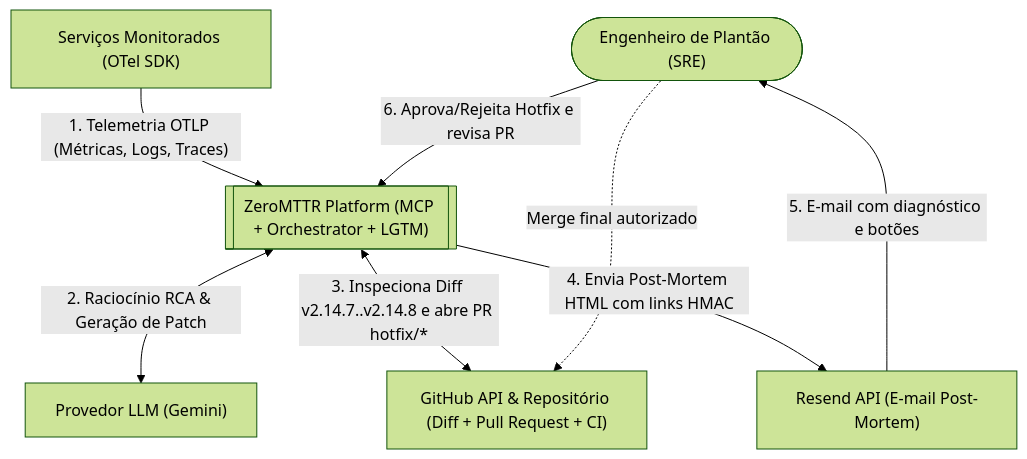
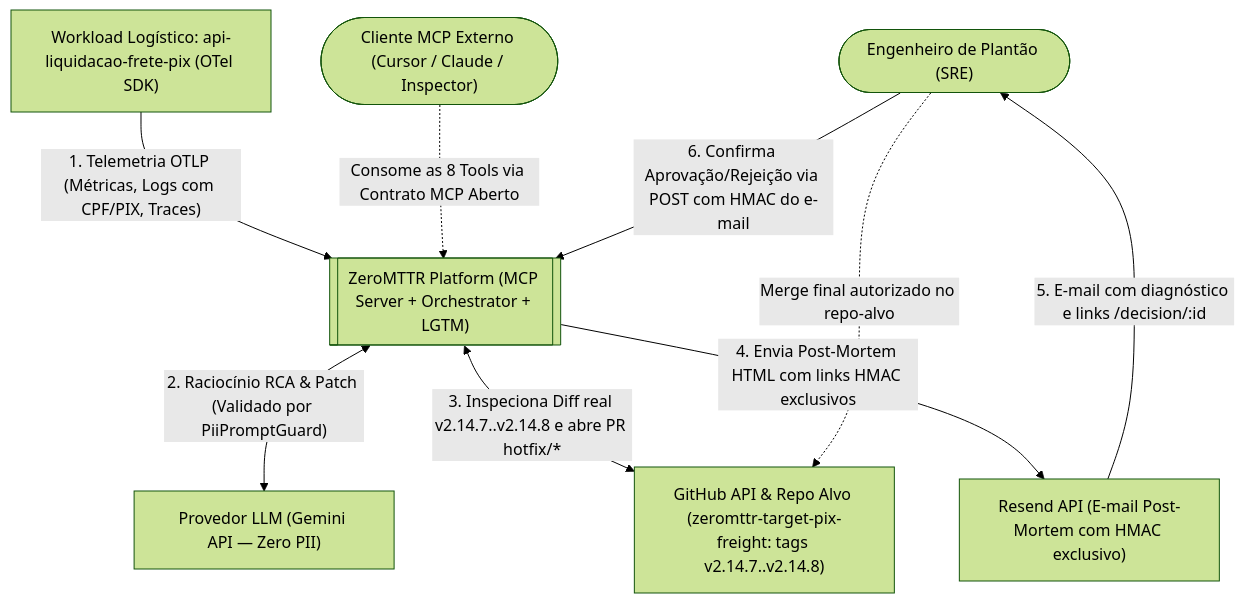
The first of 4 diagrams in docs/pt-BR/00_architecture_master.md (AdmilsonGoncalves/zeromttr), drawn with Mermaid (forest theme) before and after one commit. The commit also changed other lines of this file and 10 other files, not shown here.

Commit message:
docs: refine architecture v0.3 for Logistics PIX track, HMAC email isolation, OTTL PII masking, and dedicated target repo

````diff
--- a/docs/pt-BR/00_architecture_master.md
+++ b/docs/pt-BR/00_architecture_master.md
@@ -93,17 +123,19 @@
 ```mermaid
 flowchart TD
     SRE(["Engenheiro de Plantão (SRE)"])
-    APP["Serviços Monitorados (OTel SDK)"]
-    ZMT[["ZeroMTTR Platform (MCP + Orchestrator + LGTM)"]]
-    LLM["Provedor LLM (Gemini)"]
-    GH["GitHub API & Repositório (Diff + Pull Request + CI)"]
-    RS["Resend API (E-mail Post-Mortem)"]
+    EXT_MCP(["Cliente MCP Externo (Cursor / Claude / Inspector)"])
+    APP["Workload Logístico: api-liquidacao-frete-pix (OTel SDK)"]
+    ZMT[["ZeroMTTR Platform (MCP Server + Orchestrator + LGTM)"]]
+    LLM["Provedor LLM (Gemini API — Zero PII)"]
+    GH["GitHub API & Repo Alvo (zeromttr-target-pix-freight: tags v2.14.7..v2.14.8)"]
+    RS["Resend API (E-mail Post-Mortem com HMAC exclusivo)"]
 
-    APP -->|"1. Telemetria OTLP (Métricas, Logs, Traces)"| ZMT
-    ZMT <-->|"2. Raciocínio RCA & Geração de Patch"| LLM
-    ZMT <-->|"3. Inspeciona Diff v2.14.7..v2.14.8 e abre PR hotfix/*"| GH
-    ZMT -->|"4. Envia Post-Mortem HTML com links HMAC"| RS
-    RS -->|"5. E-mail com diagnóstico e botões"| SRE
-    SRE -->|"6. Aprova/Rejeita Hotfix e revisa PR"| ZMT
-    SRE -.->|"Merge final autorizado"| GH
+    APP -->|"1. Telemetria OTLP (Métricas, Logs com CPF/PIX, Traces)"| ZMT
+    EXT_MCP -.->|"Consome as 8 Tools via Contrato MCP Aberto"| ZMT
+    ZMT <-->|"2. Raciocínio RCA & Patch (Validado por PiiPromptGuard)"| LLM
+    ZMT <-->|"3. Inspeciona Diff real v2.14.7..v2.14.8 e abre PR hotfix/*"| GH
+    ZMT -->|"4. Envia Post-Mortem HTML com links HMAC exclusivos"| RS
+    RS -->|"5. E-mail com diagnóstico e links /decision/:id"| SRE
+    SRE -->|"6. Confirma Aprovação/Rejeição via POST com HMAC do e-mail"| ZMT
+    SRE -.->|"Merge final autorizado no repo-alvo"| GH
 ```
````
